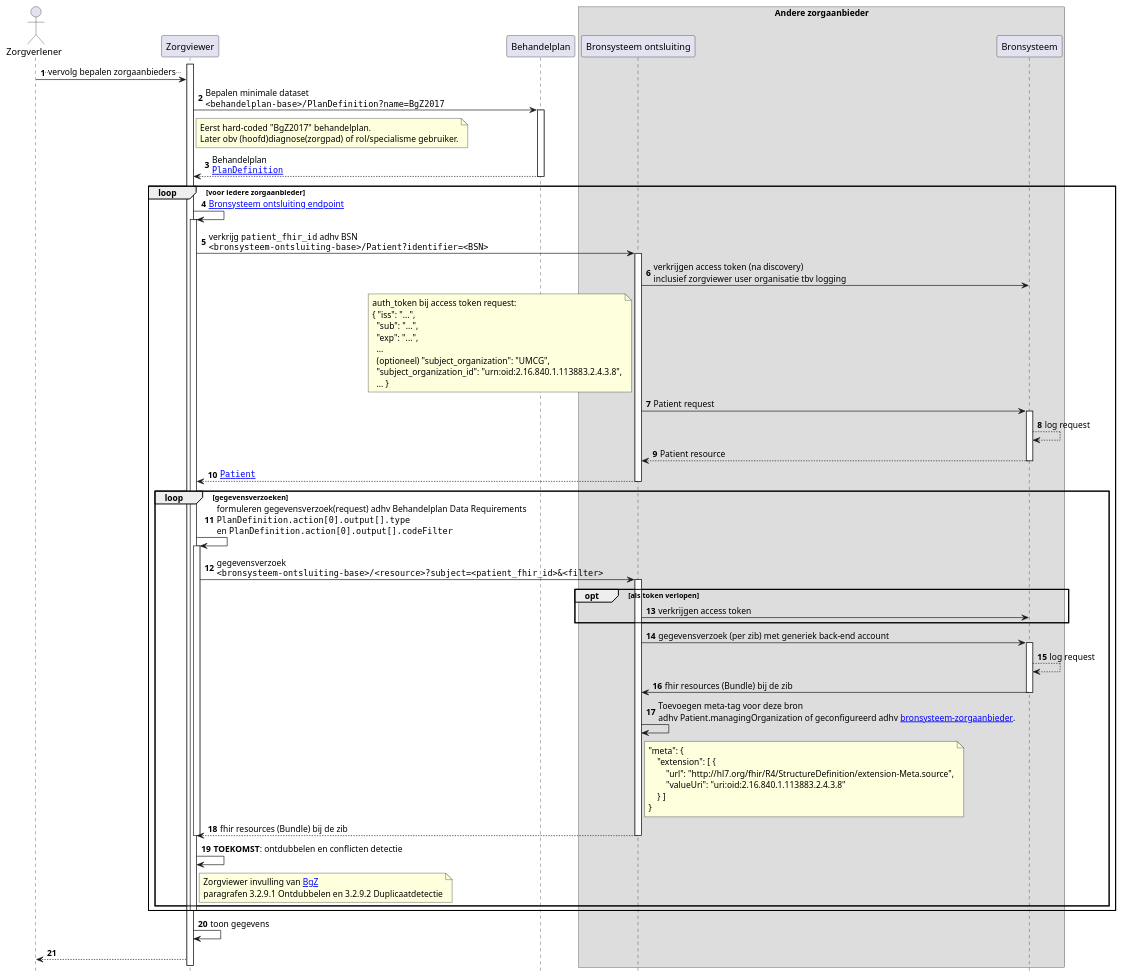
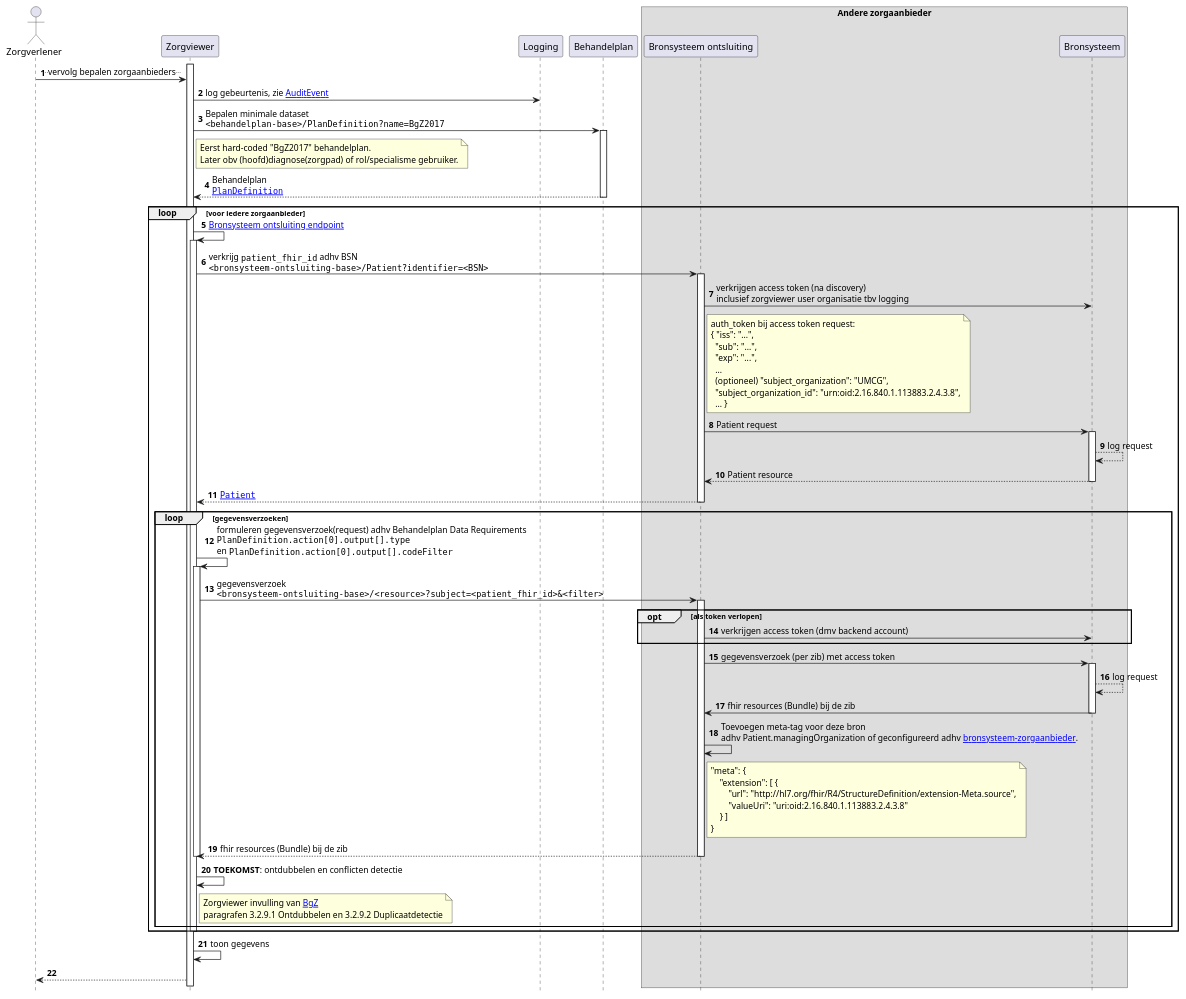
One commit to RIVO-Noord/zorgviewer-ig changed the diagram in input/images-source/Zorgviewer-seq-3.plantuml. Above: the diagram before and after it, drawn with PlantUML. The commit also changed 3 other files, not shown here.

```diff
--- a/input/images-source/Zorgviewer-seq-3.plantuml
+++ b/input/images-source/Zorgviewer-seq-3.plantuml
@@ -1,83 +1,85 @@
 @startuml
 hide footbox
 autonumber
 
 actor Zorgverlener
 participant Zorgviewer
+participant Logging
 participant Behandelplan
 box "Andere zorgaanbieder"
 participant "Bronsysteem ontsluiting" as Bron
 participant Bronsysteem
 end box
 
 activate Zorgviewer
 Zorgverlener->Zorgviewer: ..vervolg bepalen zorgaanbieders..
+Zorgviewer->Logging: log gebeurtenis, zie [[StructureDefinition-AuditEvent.html AuditEvent]]
 Zorgviewer->Behandelplan: Bepalen minimale dataset\n""<behandelplan-base>/PlanDefinition?name=BgZ2017""
 note right Zorgviewer
   Eerst hard-coded "BgZ2017" behandelplan.
   Later obv (hoofd)diagnose(zorgpad) of rol/specialisme gebruiker.
 end note
 activate Behandelplan
 Behandelplan-->Zorgviewer: Behandelplan\n""[[StructureDefinition-PlanDefinition.html PlanDefinition]]""
 deactivate Behandelplan
 loop voor iedere zorgaanbieder
   Zorgviewer->Zorgviewer: [[Endpoint-UMCG.html Bronsysteem ontsluiting endpoint]]
   activate Zorgviewer
   Zorgviewer->Bron : verkrijg ""patient_fhir_id"" adhv BSN\n""<bronsysteem-ontsluiting-base>/Patient?identifier=<BSN>""
   activate Bron
   Bron->Bronsysteem : verkrijgen access token (na discovery)\ninclusief zorgviewer user organisatie tbv logging
-  note left Bron
+  note right Bron
     auth_token bij access token request:
     { "iss": "...",
       "sub": "...",
       "exp": "...",
       ...
       (optioneel) "subject_organization": "UMCG",
       "subject_organization_id": "urn:oid:2.16.840.1.113883.2.4.3.8",
       ... }
   end note
   Bron->Bronsysteem : Patient request
   activate Bronsysteem
   Bronsysteem-->Bronsysteem: log request
   Bronsysteem-->Bron : Patient resource
   deactivate Bronsysteem
   Bron-->Zorgviewer : ""[[StructureDefinition-Patient.html Patient]]""
   deactivate Bron
   loop gegevensverzoeken
     Zorgviewer->Zorgviewer: formuleren gegevensverzoek(request) adhv Behandelplan Data Requirements\n""PlanDefinition.action[0].output[].type""\nen ""PlanDefinition.action[0].output[].codeFilter""
     activate Zorgviewer
     Zorgviewer->Bron: gegevensverzoek\n""<bronsysteem-ontsluiting-base>/<resource>?subject=<patient_fhir_id>&<filter>""
     activate Bron
     opt als token verlopen
-      Bron->Bronsysteem : verkrijgen access token
+      Bron->Bronsysteem : verkrijgen access token (dmv backend account)
     end opt
-    Bron->Bronsysteem : gegevensverzoek (per zib) met generiek back-end account
+    Bron->Bronsysteem : gegevensverzoek (per zib) met access token
     activate Bronsysteem
     Bronsysteem-->Bronsysteem: log request
     Bronsysteem->Bron: fhir resources (Bundle) bij de zib
     deactivate Bronsysteem
     Bron->Bron: Toevoegen meta-tag voor deze bron\nadhv Patient.managingOrganization of geconfigureerd adhv [[CodeSystem-bronsysteem-zorgaanbieder.html bronsysteem-zorgaanbieder]].
     note right Bron
 "meta": {
     "extension": [ {
         "url": "http://hl7.org/fhir/R4/StructureDefinition/extension-Meta.source",
         "valueUri": "uri:oid:2.16.840.1.113883.2.4.3.8"
     } ]
 }
     end note
     Bron-->Zorgviewer: fhir resources (Bundle) bij de zib
     deactivate Bron
     deactivate Zorgviewer
     Zorgviewer->Zorgviewer: **TOEKOMST**: ontdubbelen en conflicten detectie
     note right of Zorgviewer
       Zorgviewer invulling van [[https://informatiestandaarden.nictiz.nl/wiki/BgZ:V1.0_BgZ_MSZ_Informatiestandaard BgZ]] 
       paragrafen 3.2.9.1 Ontdubbelen en 3.2.9.2 Duplicaatdetectie
     end note
   end
   deactivate Zorgviewer
 end
 
 Zorgviewer->Zorgviewer: toon gegevens
 Zorgviewer-->Zorgverlener
 
 @enduml
```
